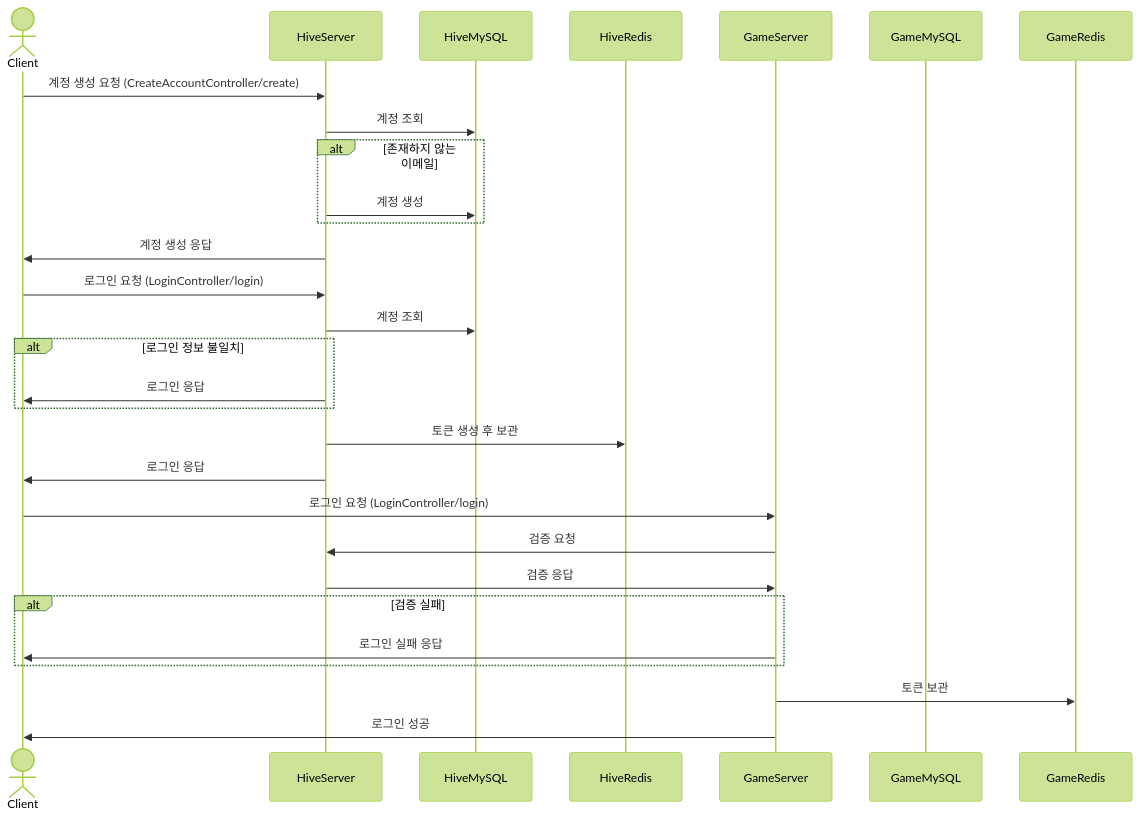
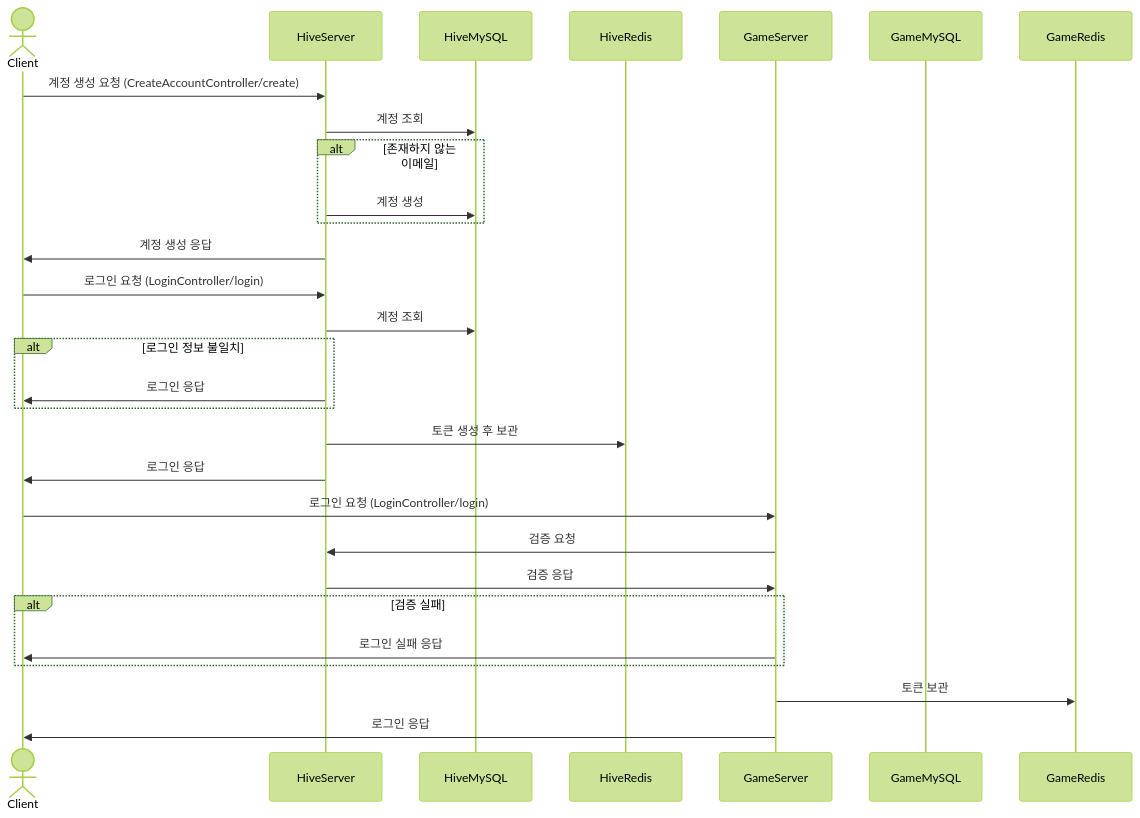
Before and after one commit to ever330/ServerCampus: the first of 2 diagrams in SequenceDiagram.md, drawn with Mermaid (forest theme). The commit also changed other lines of this file, not shown here.

````diff
--- a/SequenceDiagram.md
+++ b/SequenceDiagram.md
@@ -2,35 +2,35 @@
 ```mermaid
 sequenceDiagram
     actor Client
     participant HiveServer
     participant HiveMySQL
     participant HiveRedis
     participant GameServer
     participant GameMySQL
     participant GameRedis
 
     Client ->> HiveServer: 계정 생성 요청 (CreateAccountController/create)
     HiveServer ->> HiveMySQL: 계정 조회
     alt 존재하지 않는 이메일
         HiveServer ->> HiveMySQL: 계정 생성
     end
 
     HiveServer ->> Client: 계정 생성 응답
     Client ->> HiveServer: 로그인 요청 (LoginController/login)
     HiveServer ->> HiveMySQL: 계정 조회
     alt 로그인 정보 불일치
         HiveServer ->> Client: 로그인 응답
     end
 
     HiveServer ->> HiveRedis: 토큰 생성 후 보관
     HiveServer ->> Client: 로그인 응답
     Client ->> GameServer: 로그인 요청 (LoginController/login)
     GameServer ->> HiveServer: 검증 요청
     HiveServer ->> GameServer: 검증 응답
     alt 검증 실패
         GameServer ->> Client: 로그인 실패 응답
     end
 
     GameServer ->> GameRedis: 토큰 보관
-    GameServer ->> Client: 로그인 성공
+    GameServer ->> Client: 로그인 응답
 ```
````
